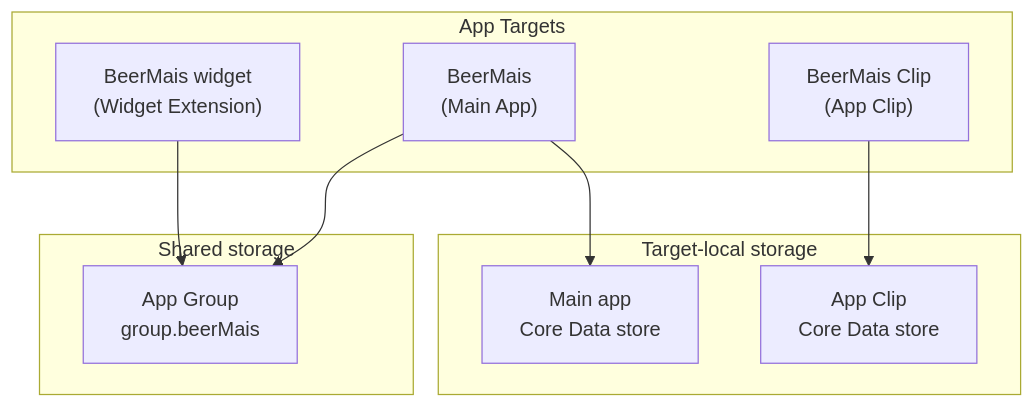
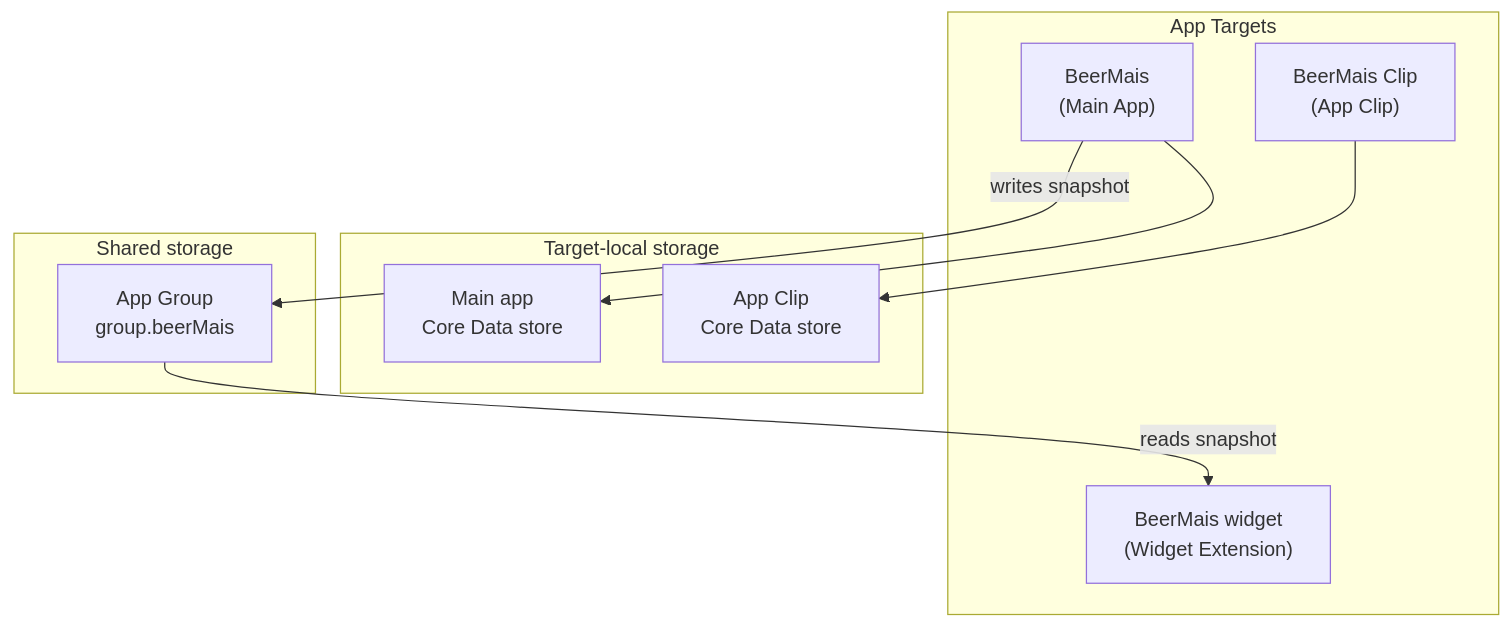
One commit to beerMais/beerMais-ios changed the first of 4 diagrams in README.md. Above: the diagram before and after it, drawn with Mermaid. The commit also changed other lines of this file, not shown here.

Commit message:
docs: fix Mermaid diagrams and update architecture flow

````diff
--- a/README.md
+++ b/README.md
@@ -11,22 +11,22 @@
 ```mermaid
 flowchart TB
     subgraph Targets["App Targets"]
         Main["BeerMais<br/>(Main App)"]
         Widget["BeerMais widget<br/>(Widget Extension)"]
         Clip["BeerMais Clip<br/>(App Clip)"]
     end
 
     subgraph Storage["Target-local storage"]
         MainCoreData["Main app<br/>Core Data store"]
         ClipCoreData["App Clip<br/>Core Data store"]
     end
 
     subgraph Shared["Shared storage"]
         AppGroup["App Group<br/>group.beerMais"]
     end
 
     Main --> MainCoreData
-    Main --> AppGroup
-    Widget --> AppGroup
+    Main -->|writes snapshot| AppGroup
+    AppGroup -->|reads snapshot| Widget
     Clip --> ClipCoreData
 ```
````
